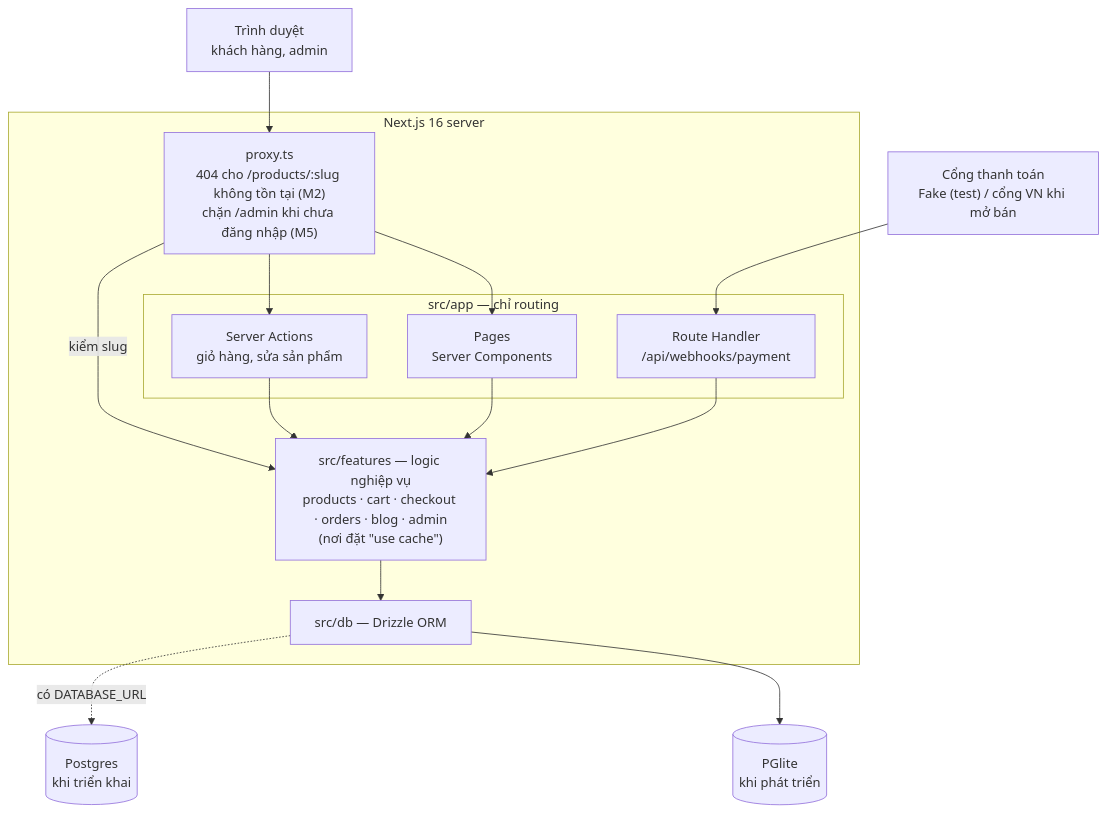
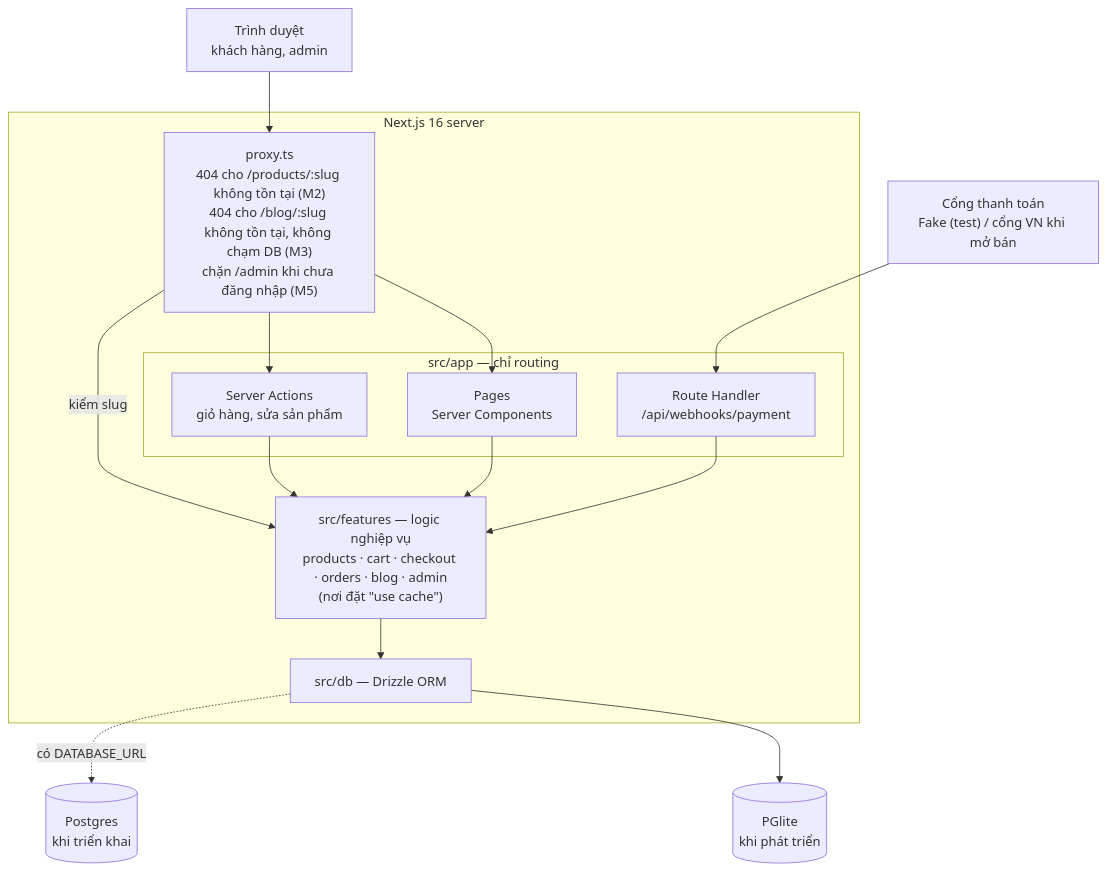
Before and after one commit to chinhpham208/next-store: the first of 6 diagrams in docs/architecture.md, drawn with Mermaid. The commit also changed other lines of this file and 28 other files, not shown here.

````diff
--- a/docs/architecture.md
+++ b/docs/architecture.md
@@ -9,26 +9,26 @@
 ```mermaid
 flowchart TB
   browser["Trình duyệt<br/>khách hàng, admin"]
   payment["Cổng thanh toán<br/>Fake (test) / cổng VN khi mở bán"]
 
   subgraph next["Next.js 16 server"]
-    proxy["proxy.ts<br/>404 cho /products/:slug không tồn tại (M2)<br/>chặn /admin khi chưa đăng nhập (M5)"]
+    proxy["proxy.ts<br/>404 cho /products/:slug không tồn tại (M2)<br/>404 cho /blog/:slug không tồn tại, không chạm DB (M3)<br/>chặn /admin khi chưa đăng nhập (M5)"]
     subgraph app["src/app — chỉ routing"]
       pages["Pages<br/>Server Components"]
       actions["Server Actions<br/>giỏ hàng, sửa sản phẩm"]
       route["Route Handler<br/>/api/webhooks/payment"]
     end
     features["src/features — logic nghiệp vụ<br/>products · cart · checkout · orders · blog · admin<br/>(nơi đặt &quot;use cache&quot;)"]
     db["src/db — Drizzle ORM"]
   end
 
   pglite[("PGlite<br/>khi phát triển")]
   postgres[("Postgres<br/>khi triển khai")]
 
   browser --> proxy --> pages & actions
   payment --> route
   pages & actions & route --> features --> db
   proxy -->|kiểm slug| features
   db --> pglite
   db -.->|có DATABASE_URL| postgres
 ```
````
